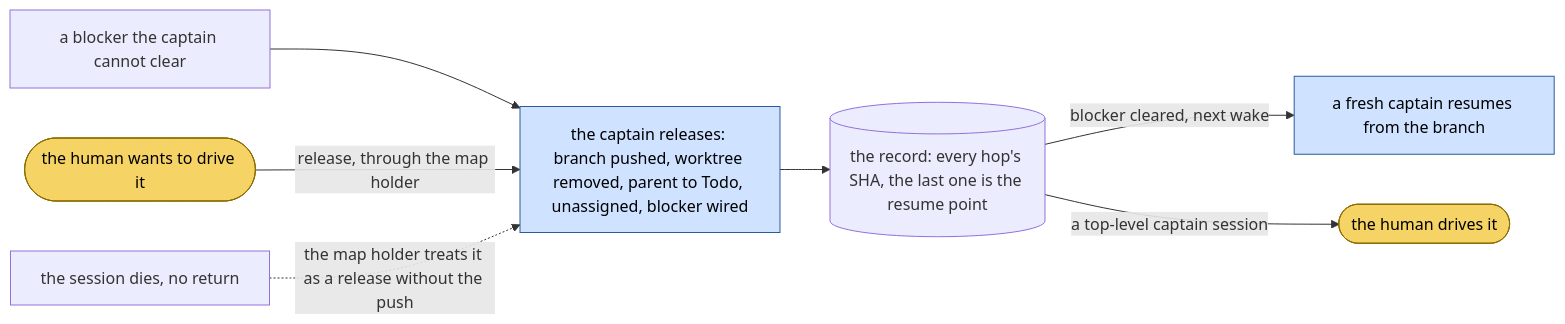
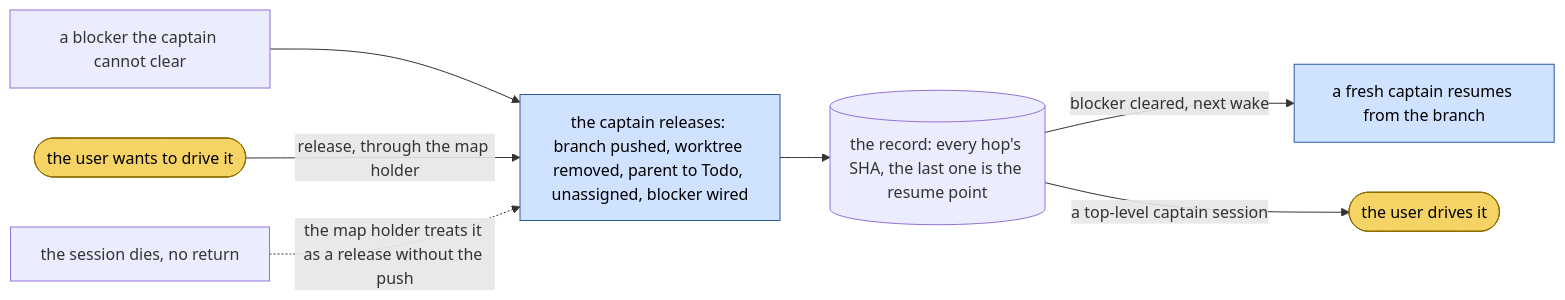
Diagram 11 of 12 in dydo/understand/control-flow.md (bodnarbalazs/dydo), drawn with Mermaid before and after one commit. The commit also changed other lines of this file and 4 other files, not shown here.

````diff
--- a/dydo/understand/control-flow.md
+++ b/dydo/understand/control-flow.md
@@ -645,11 +645,11 @@
 ```mermaid
 flowchart LR
   classDef officer fill:#cfe2ff,stroke:#2c5aa0,color:#000
-  classDef human fill:#f6d365,stroke:#8a6d00,color:#000
+  classDef user fill:#f6d365,stroke:#8a6d00,color:#000
   B[a blocker the captain cannot clear] --> REL
-  T([the human wants to drive it]):::human -->|release, through the map holder| REL
+  T([the user wants to drive it]):::user -->|release, through the map holder| REL
   D[the session dies, no return] -.->|the map holder treats it as a release without the push| REL
   REL[the captain releases: branch pushed, worktree removed, parent to Todo, unassigned, blocker wired]:::officer --> REC[(the record: every hop's SHA, the last one is the resume point)]
   REC -->|blocker cleared, next wake| RC[a fresh captain resumes from the branch]:::officer
-  REC -->|a top-level captain session| H2([the human drives it]):::human
+  REC -->|a top-level captain session| H2([the user drives it]):::user
 ```
````
